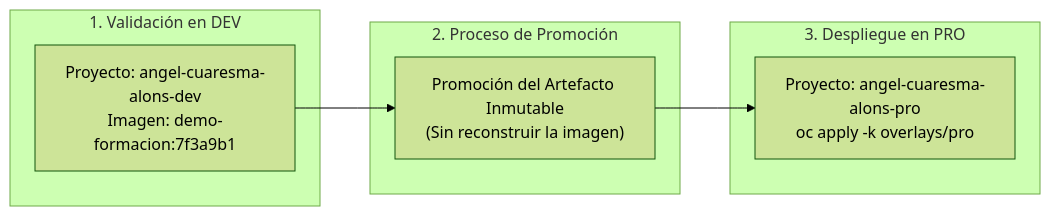
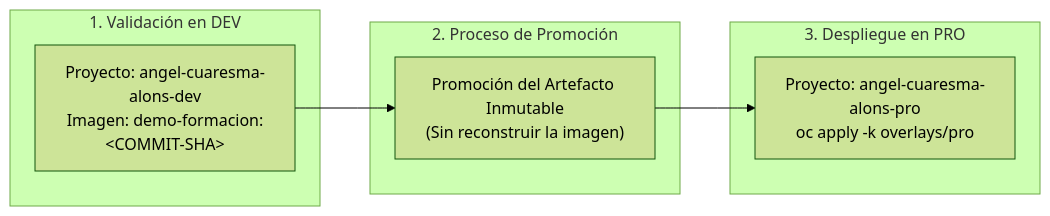
One commit to ieftraining/curso-openshift changed the third of 3 diagrams in docs/sesion4/4.6 Promocion entre entornos.md. Above: the diagram before and after it, drawn with Mermaid (forest theme). The commit also changed other lines of this file, not shown here.

````diff
--- a/docs/sesion4/4.6 Promocion entre entornos.md
+++ b/docs/sesion4/4.6 Promocion entre entornos.md
@@ -198,16 +198,16 @@
 ```mermaid
 flowchart LR
     subgraph "1. Validación en DEV"
-        DEV["Proyecto: angel-cuaresma-alons-dev<br>Imagen: demo-formacion:7f3a9b1"]
+        DEV["Proyecto: angel-cuaresma-alons-dev<br>Imagen: demo-formacion:&lt;COMMIT-SHA&gt;"]
     end
 
     subgraph "2. Proceso de Promoción"
         PROM["Promoción del Artefacto Inmutable<br>(Sin reconstruir la imagen)"]
     end
 
     subgraph "3. Despliegue en PRO"
         PRO["Proyecto: angel-cuaresma-alons-pro<br>oc apply -k overlays/pro"]
     end
 
     DEV --> PROM --> PRO
 ```
````
